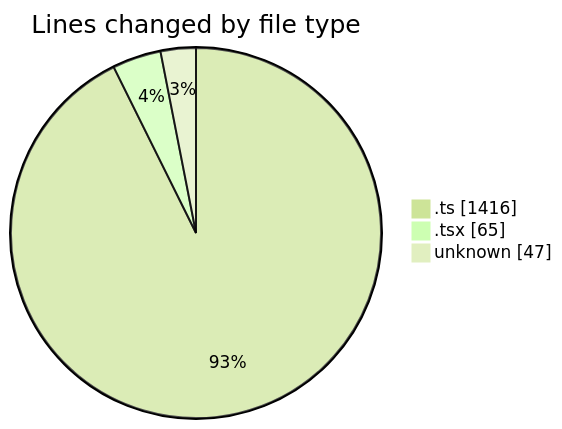
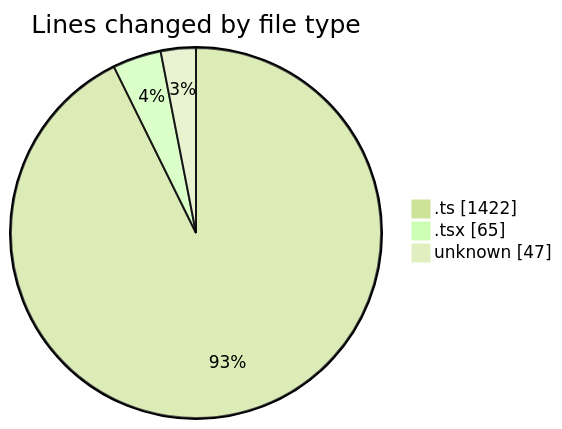
One commit to momahboobian/code-tracking changed the first of 2 diagrams in 2025-09-11/cda/README.md. Above: the diagram before and after it, drawn with Mermaid (forest theme). The commit also changed other lines of this file and 1 other file, not shown here.

````diff
--- a/2025-09-11/cda/README.md
+++ b/2025-09-11/cda/README.md
@@ -28,7 +28,7 @@
 ```mermaid
 pie showData
 title Lines changed by file type
-".ts" : 1416
+".ts" : 1422
 ".tsx" : 65
 "unknown" : 47
 ```
````
